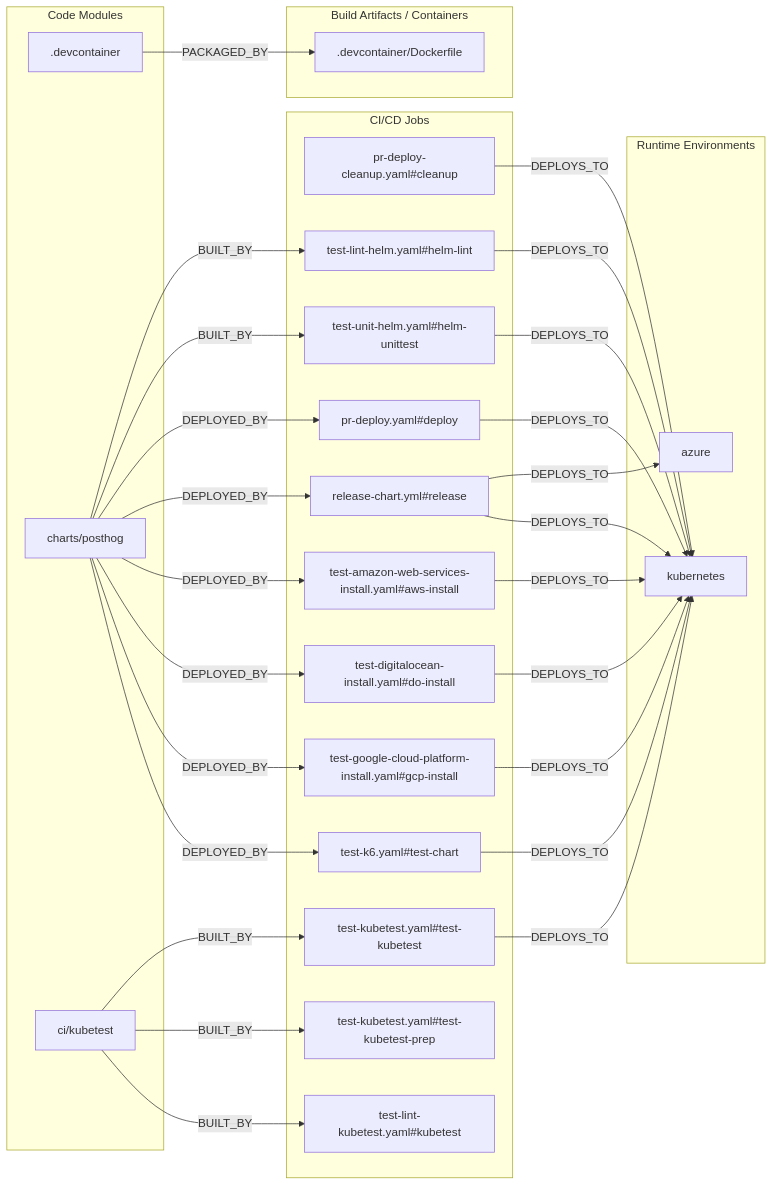
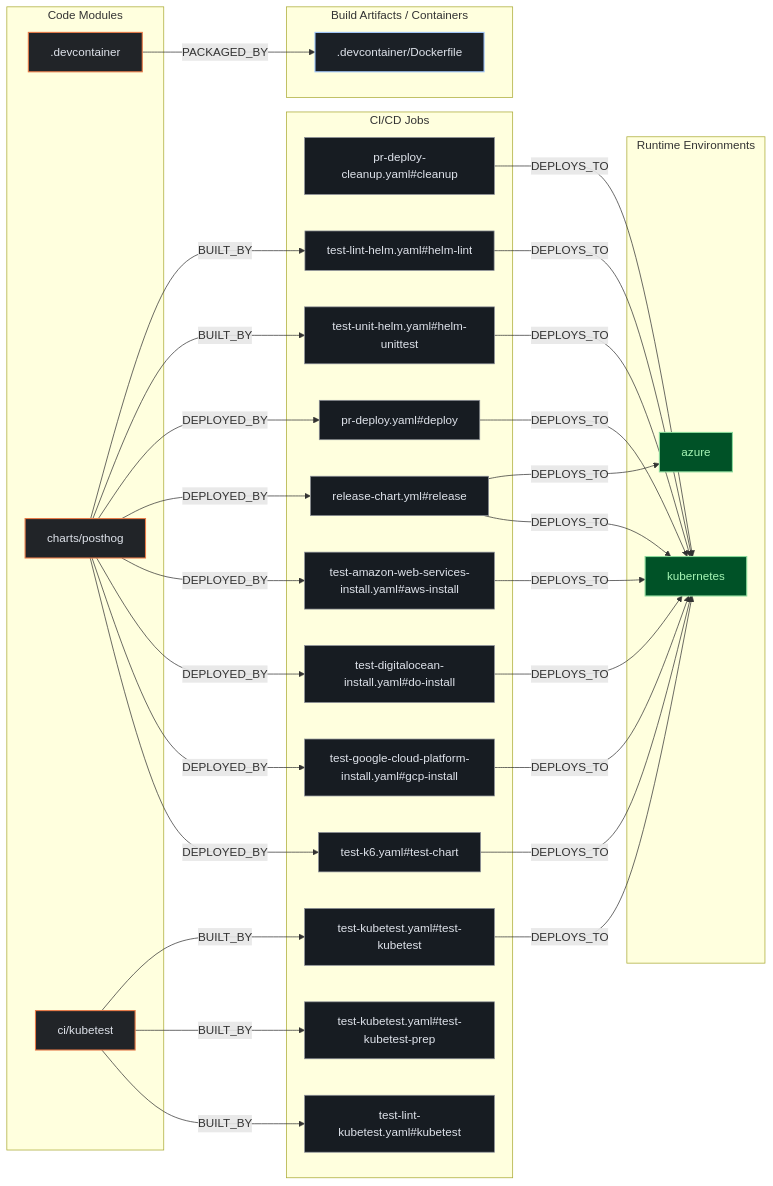
One commit to kumarshaz/atruss-code-atlas changed the second of 3 diagrams in exports/latest/reports/PostHog-charts-clickhouse-report.md. Above: the diagram before and after it, drawn with Mermaid. The commit also changed other lines of this file and 331 other files, not shown here.

Commit message:
docs,ui,fix: update SDLC docs, reorder CI/CD DAG first, stylize Mermaid, and fix Arc42 pipeline topology

````diff
--- a/exports/latest/reports/PostHog-charts-clickhouse-report.md
+++ b/exports/latest/reports/PostHog-charts-clickhouse-report.md
@@ -162,52 +169,56 @@
 ```mermaid
 flowchart LR
+    classDef atlasCategory fill:#212428,stroke:#E87A48,stroke-width:1.5px,color:#dfe3eb
+    classDef atlasWorkflow fill:#1b2026,stroke:#a3c9ff,stroke-width:1.5px,color:#dfe3eb
+    classDef atlasJob fill:#171c22,stroke:#8d9199,stroke-width:1px,color:#dfe3eb
+    classDef atlasTarget fill:#005227,stroke:#8bd99b,stroke-width:1.5px,color:#a7f6b6
     subgraph code_modules["Code Modules"]
-        mod__devcontainer[".devcontainer"]
-        mod_charts_posthog["charts/posthog"]
-        mod_ci_kubetest["ci/kubetest"]
+        mod__devcontainer[".devcontainer"]:::atlasCategory
+        mod_charts_posthog["charts/posthog"]:::atlasCategory
+        mod_ci_kubetest["ci/kubetest"]:::atlasCategory
     end
     subgraph build_artifacts["Build Artifacts / Containers"]
-        art__devcontainer_Dockerfile[".devcontainer/Dockerfile"]
+        art__devcontainer_Dockerfile[".devcontainer/Dockerfile"]:::atlasWorkflow
     end
     subgraph ci_jobs["CI/CD Jobs"]
-        job_pr_deploy_cleanup_yaml_cleanup["pr-deploy-cleanup.yaml#cleanup"]
-        job_pr_deploy_yaml_deploy["pr-deploy.yaml#deploy"]
-        job_release_chart_yml_release["release-chart.yml#release"]
-        job_test_amazon_web_services_install_yaml_aws_install["test-amazon-web-services-install.yaml#aws-install"]
-        job_test_digitalocean_install_yaml_do_install["test-digitalocean-install.yaml#do-install"]
-        job_test_google_cloud_platform_install_yaml_gcp_install["test-google-cloud-platform-install.yaml#gcp-install"]
-        job_test_k6_yaml_test_chart["test-k6.yaml#test-chart"]
-        job_test_kubetest_yaml_test_kubetest["test-kubetest.yaml#test-kubetest"]
-        job_test_kubetest_yaml_test_kubetest_prep["test-kubetest.yaml#test-kubetest-prep"]
-        job_test_lint_helm_yaml_helm_lint["test-lint-helm.yaml#helm-lint"]
-        job_test_lint_kubetest_yaml_kubetest["test-lint-kubetest.yaml#kubetest"]
-        job_test_unit_helm_yaml_helm_unittest["test-unit-helm.yaml#helm-unittest"]
+        job_pr_deploy_cleanup_yaml_cleanup["pr-deploy-cleanup.yaml#cleanup"]:::atlasJob
+        job_pr_deploy_yaml_deploy["pr-deploy.yaml#deploy"]:::atlasJob
+        job_release_chart_yml_release["release-chart.yml#release"]:::atlasJob
+        job_test_amazon_web_services_install_yaml_aws_install["test-amazon-web-services-install.yaml#aws-install"]:::atlasJob
+        job_test_digitalocean_install_yaml_do_install["test-digitalocean-install.yaml#do-install"]:::atlasJob
+        job_test_google_cloud_platform_install_yaml_gcp_install["test-google-cloud-platform-install.yaml#gcp-install"]:::atlasJob
+        job_test_k6_yaml_test_chart["test-k6.yaml#test-chart"]:::atlasJob
+        job_test_kubetest_yaml_test_kubetest["test-kubetest.yaml#test-kubetest"]:::atlasJob
+        job_test_kubetest_yaml_test_kubetest_prep["test-kubetest.yaml#test-kubetest-prep"]:::atlasJob
+        job_test_lint_helm_yaml_helm_lint["test-lint-helm.yaml#helm-lint"]:::atlasJob
+        job_test_lint_kubetest_yaml_kubetest["test-lint-kubetest.yaml#kubetest"]:::atlasJob
+        job_test_unit_helm_yaml_helm_unittest["test-unit-helm.yaml#helm-unittest"]:::atlasJob
     end
     subgraph runtime_envs["Runtime Environments"]
-        env_azure["azure"]
-        env_kubernetes["kubernetes"]
+        env_azure["azure"]:::atlasTarget
+        env_kubernetes["kubernetes"]:::atlasTarget
     end
     job_pr_deploy_cleanup_yaml_cleanup -->|DEPLOYS_TO| env_kubernetes
     job_pr_deploy_yaml_deploy -->|DEPLOYS_TO| env_kubernetes
     job_release_chart_yml_release -->|DEPLOYS_TO| env_azure
     job_release_chart_yml_release -->|DEPLOYS_TO| env_kubernetes
     job_test_amazon_web_services_install_yaml_aws_install -->|DEPLOYS_TO| env_kubernetes
     job_test_digitalocean_install_yaml_do_install -->|DEPLOYS_TO| env_kubernetes
     job_test_google_cloud_platform_install_yaml_gcp_install -->|DEPLOYS_TO| env_kubernetes
     job_test_k6_yaml_test_chart -->|DEPLOYS_TO| env_kubernetes
     job_test_kubetest_yaml_test_kubetest -->|DEPLOYS_TO| env_kubernetes
     job_test_lint_helm_yaml_helm_lint -->|DEPLOYS_TO| env_kubernetes
     job_test_unit_helm_yaml_helm_unittest -->|DEPLOYS_TO| env_kubernetes
     mod__devcontainer -->|PACKAGED_BY| art__devcontainer_Dockerfile
     mod_charts_posthog -->|BUILT_BY| job_test_lint_helm_yaml_helm_lint
     mod_charts_posthog -->|BUILT_BY| job_test_unit_helm_yaml_helm_unittest
     mod_charts_posthog -->|DEPLOYED_BY| job_pr_deploy_yaml_deploy
     mod_charts_posthog -->|DEPLOYED_BY| job_release_chart_yml_release
     mod_charts_posthog -->|DEPLOYED_BY| job_test_amazon_web_services_install_yaml_aws_install
     mod_charts_posthog -->|DEPLOYED_BY| job_test_digitalocean_install_yaml_do_install
     mod_charts_posthog -->|DEPLOYED_BY| job_test_google_cloud_platform_install_yaml_gcp_install
     mod_charts_posthog -->|DEPLOYED_BY| job_test_k6_yaml_test_chart
     mod_ci_kubetest -->|BUILT_BY| job_test_kubetest_yaml_test_kubetest
     mod_ci_kubetest -->|BUILT_BY| job_test_kubetest_yaml_test_kubetest_prep
     mod_ci_kubetest -->|BUILT_BY| job_test_lint_kubetest_yaml_kubetest
 ```
````
